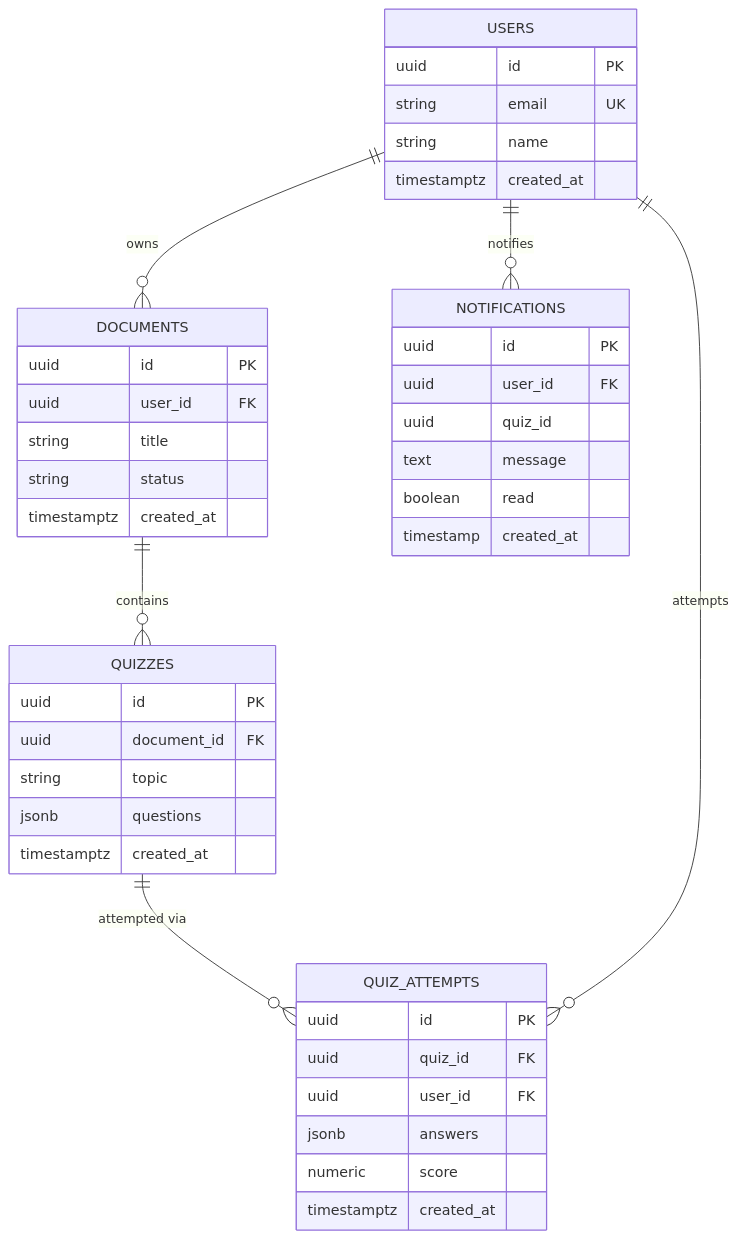
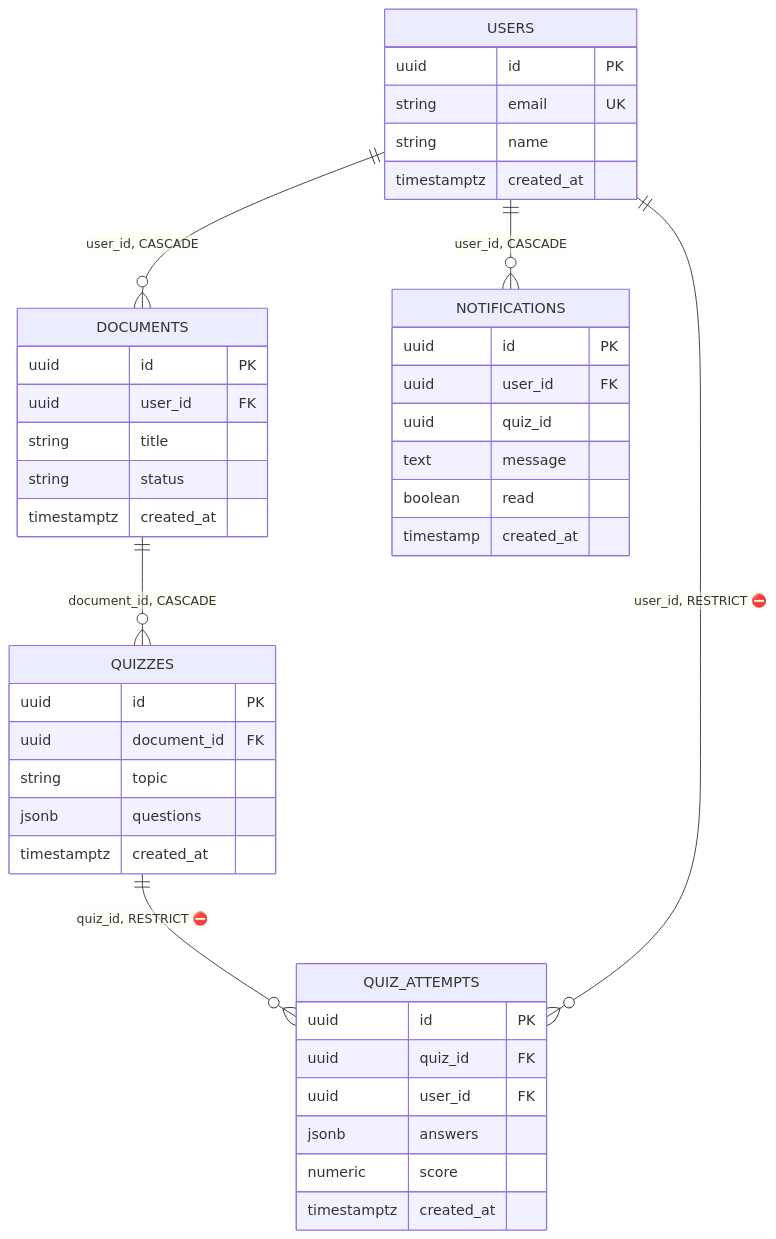
The second of 2 diagrams in docs/architecture.md (codeshivamsi-sketch/ai_study_assistant_edumind), drawn with Mermaid before and after one commit. The commit also changed other lines of this file, not shown here.

First line of the commit message:
Regenerate docs/architecture.md as 2 static diagrams (HLD + ER)

````diff
--- a/docs/architecture.md
+++ b/docs/architecture.md
@@ -54,45 +40,45 @@
 ```mermaid
 erDiagram
-    USERS ||--o{ DOCUMENTS : owns
-    DOCUMENTS ||--o{ QUIZZES : contains
-    QUIZZES ||--o{ QUIZ_ATTEMPTS : "attempted via"
-    USERS ||--o{ QUIZ_ATTEMPTS : attempts
-    USERS ||--o{ NOTIFICATIONS : notifies
+    USERS ||--o{ DOCUMENTS : "user_id, CASCADE"
+    DOCUMENTS ||--o{ QUIZZES : "document_id, CASCADE"
+    QUIZZES ||--o{ QUIZ_ATTEMPTS : "quiz_id, RESTRICT ⛔"
+    USERS ||--o{ QUIZ_ATTEMPTS : "user_id, RESTRICT ⛔"
+    USERS ||--o{ NOTIFICATIONS : "user_id, CASCADE"
 
     USERS {
         uuid id PK
         string email UK
         string name
         timestamptz created_at
     }
     DOCUMENTS {
         uuid id PK
         uuid user_id FK
         string title
         string status
         timestamptz created_at
     }
     QUIZZES {
         uuid id PK
         uuid document_id FK
         string topic
         jsonb questions
         timestamptz created_at
     }
     QUIZ_ATTEMPTS {
         uuid id PK
         uuid quiz_id FK
         uuid user_id FK
         jsonb answers
         numeric score
         timestamptz created_at
     }
     NOTIFICATIONS {
         uuid id PK
         uuid user_id FK
         uuid quiz_id
         text message
         boolean read
         timestamp created_at
     }
 ```
````
